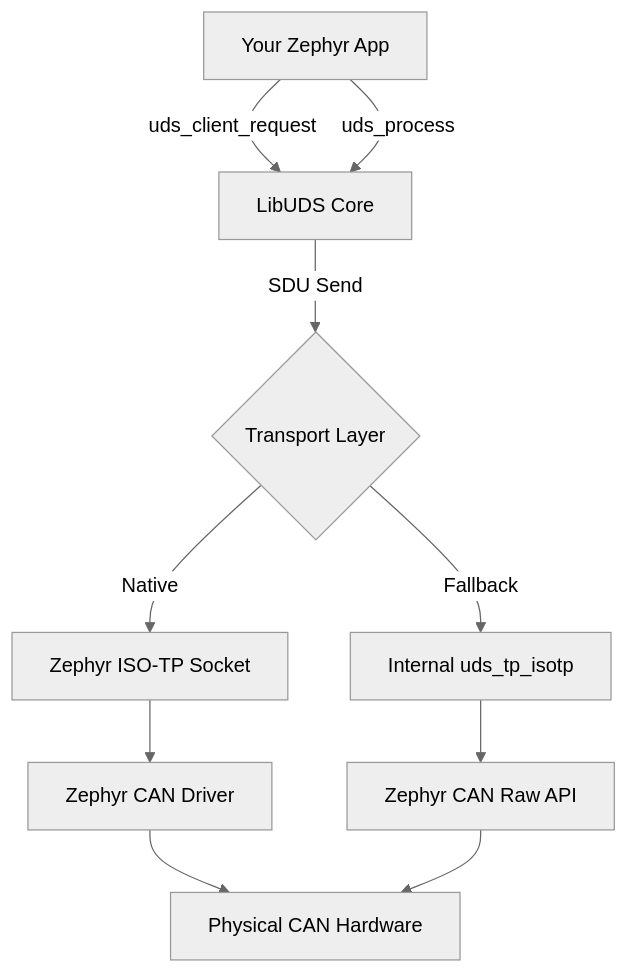
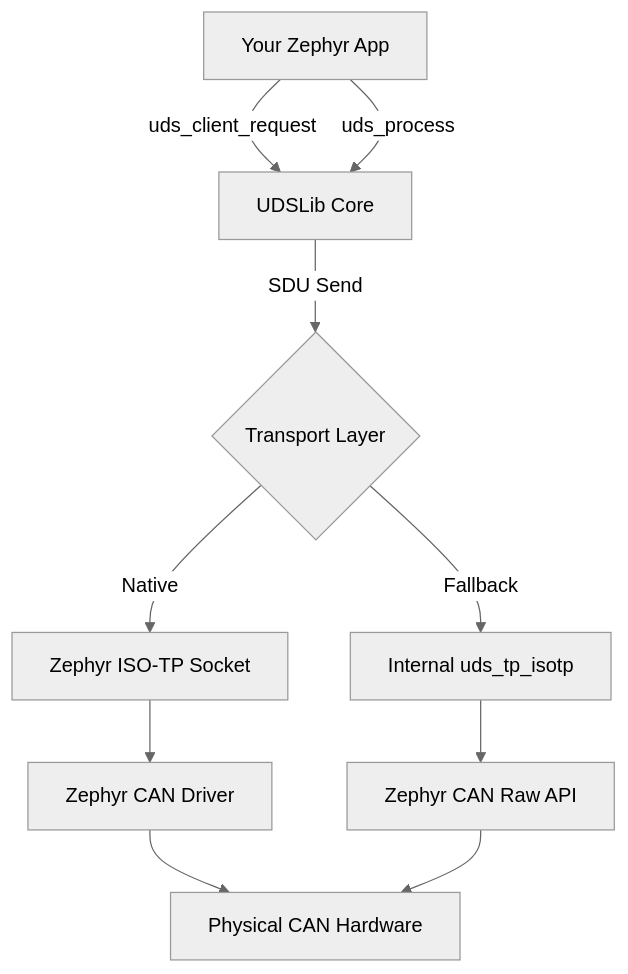
Before and after one commit to w1ne/udslib: the diagram in docs/ZEPHYR_INTEGRATION.md, drawn with Mermaid (neutral theme). The commit also changed other lines of this file and 66 other files, not shown here.

````diff
--- a/docs/ZEPHYR_INTEGRATION.md
+++ b/docs/ZEPHYR_INTEGRATION.md
@@ -7,12 +7,12 @@
 ```mermaid
 graph TD
-    A[Your Zephyr App] -->|uds_client_request| B[LibUDS Core]
+    A[Your Zephyr App] -->|uds_client_request| B[UDSLib Core]
     A -->|uds_process| B
     B -->|SDU Send| C{Transport Layer}
     C -->|Native| D[Zephyr ISO-TP Socket]
     C -->|Fallback| E[Internal uds_tp_isotp]
     D --> F[Zephyr CAN Driver]
     E --> G[Zephyr CAN Raw API]
     F --> H[Physical CAN Hardware]
     G --> H
 ```
````
